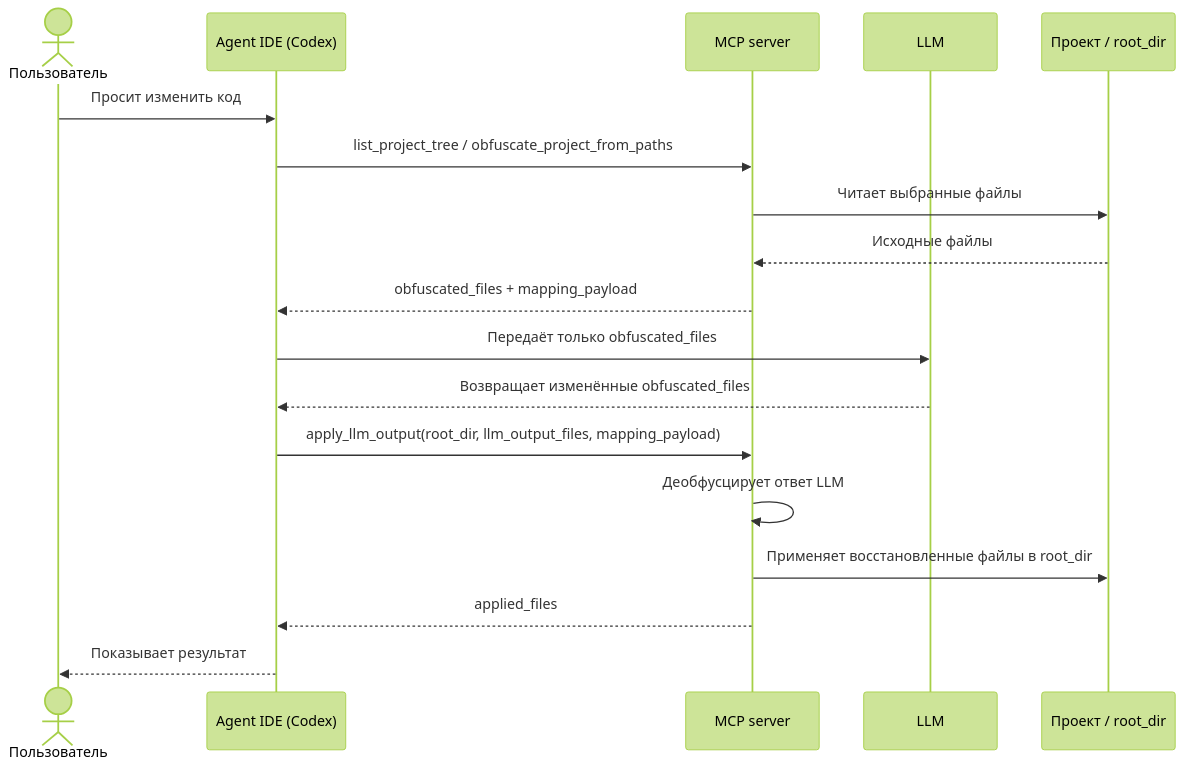
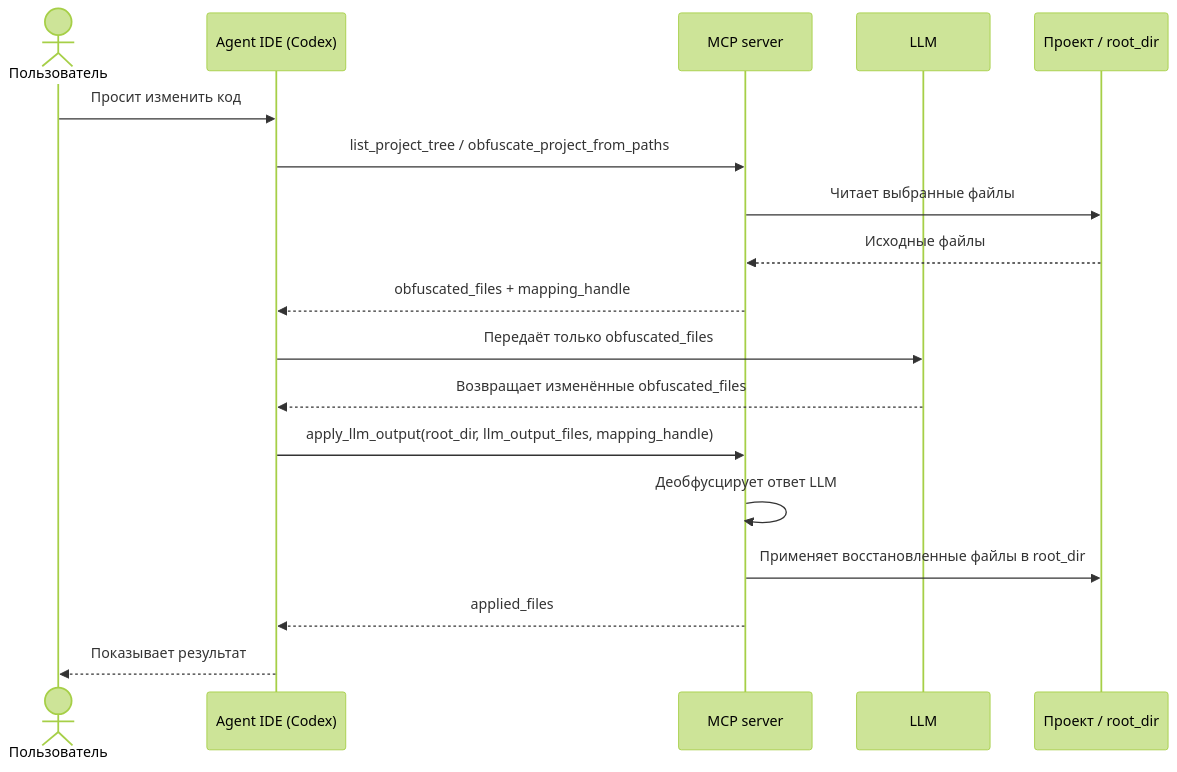
The second of 2 diagrams in README.md (sawrus/code-obfuscator), drawn with Mermaid (forest theme) before and after one commit. The commit also changed other lines of this file and 4 other files, not shown here.

Commit message:
Enforce opaque MCP mapping handles and redact sensitive logs

````diff
--- a/README.md
+++ b/README.md
@@ -97,21 +97,21 @@
 ```mermaid
 sequenceDiagram
     actor User as Пользователь
     participant IDE as Agent IDE (Codex)
     participant MCP as MCP server
     participant LLM as LLM
     participant Project as Проект / root_dir
 
     User->>IDE: Просит изменить код
     IDE->>MCP: list_project_tree / obfuscate_project_from_paths
     MCP->>Project: Читает выбранные файлы
     Project-->>MCP: Исходные файлы
-    MCP-->>IDE: obfuscated_files + mapping_payload
+    MCP-->>IDE: obfuscated_files + mapping_handle
     IDE->>LLM: Передаёт только obfuscated_files
     LLM-->>IDE: Возвращает изменённые obfuscated_files
-    IDE->>MCP: apply_llm_output(root_dir, llm_output_files, mapping_payload)
+    IDE->>MCP: apply_llm_output(root_dir, llm_output_files, mapping_handle)
     MCP->>MCP: Деобфусцирует ответ LLM
     MCP->>Project: Применяет восстановленные файлы в root_dir
     MCP-->>IDE: applied_files
     IDE-->>User: Показывает результат
 ```
````
